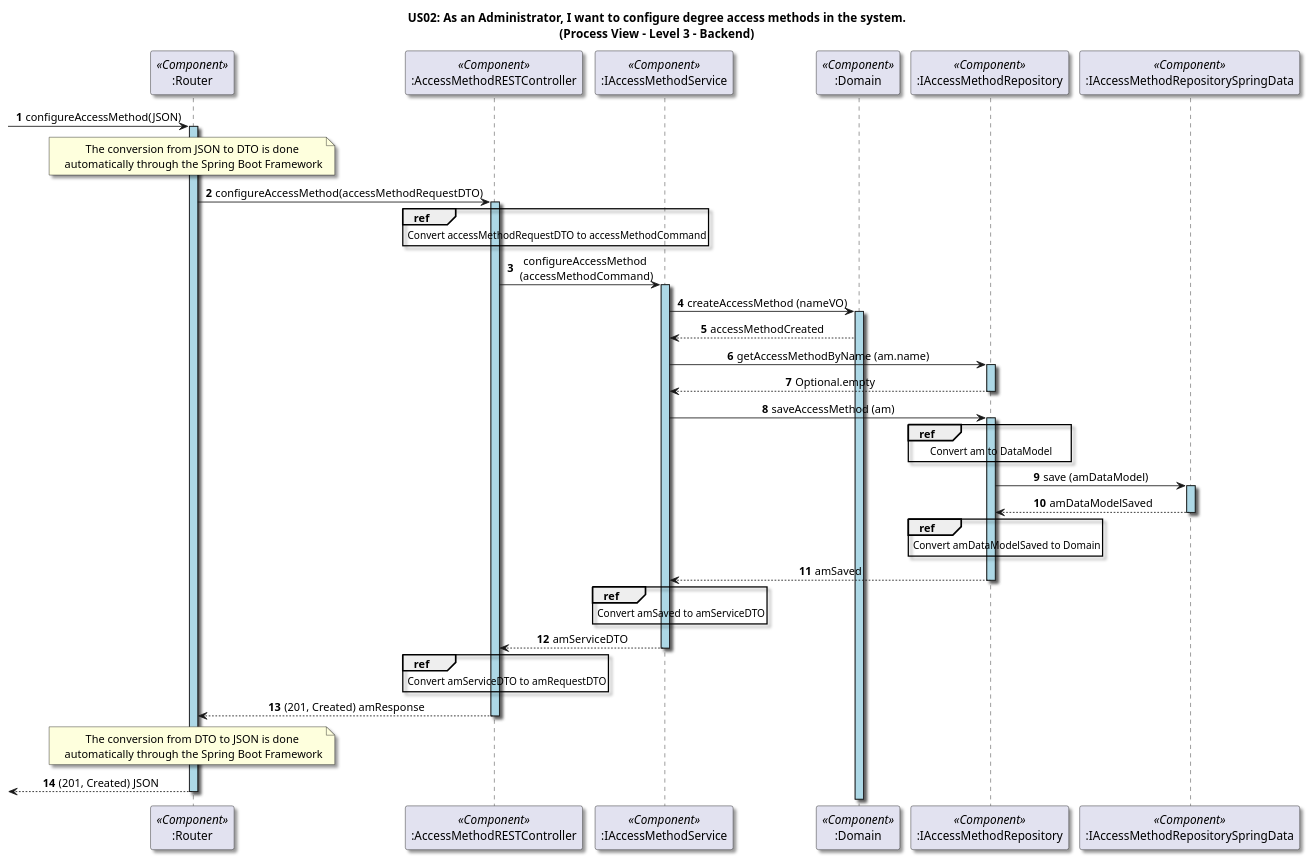
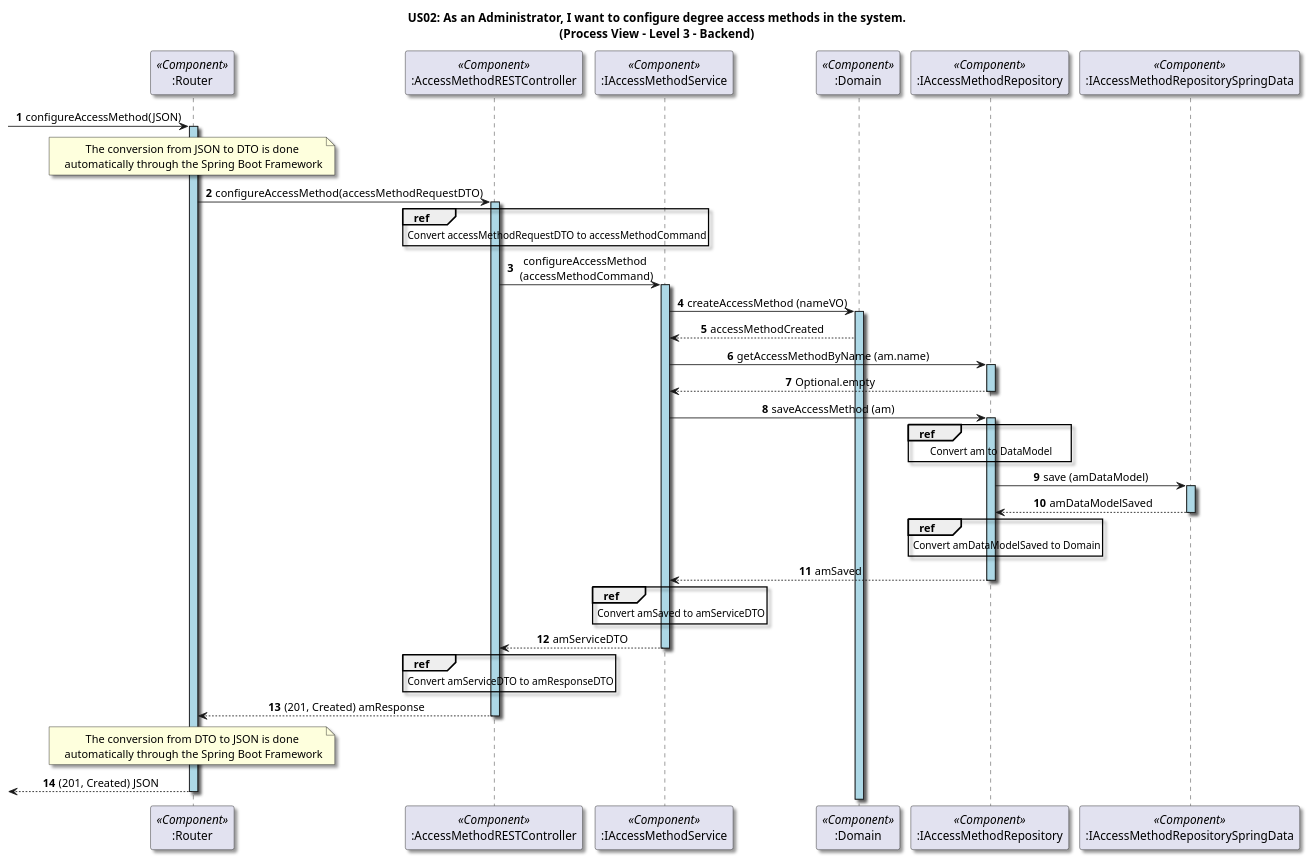
One commit to GasparISEP/DevOps-PAI changed the diagram in docs/US02/Sprint6_RestAPI/ProcessView/Level3.puml. Above: the diagram before and after it, drawn with PlantUML.

Commit message:
refactor(diagrams): update Process ViewLevel3 diagram for improved clarity in access method configuration flow (#538 Closes #555)

```diff
--- a/docs/US02/Sprint6_RestAPI/ProcessView/Level3.puml
+++ b/docs/US02/Sprint6_RestAPI/ProcessView/Level3.puml
@@ -1,89 +1,89 @@
 @startuml
 
 title US02: As an Administrator, I want to configure degree access methods in the system.\n(Process View - Level 3 - Backend)
 
 skinparam defaultTextAlignment center
 skinparam shadowing true
 
 
 autonumber
 
 participant ":Router" as router <<Component>>
 -> router: configureAccessMethod(JSON)
 activate router #LightBlue
 note over router: The conversion from JSON to DTO is done\n automatically through the Spring Boot Framework
 
 participant ":AccessMethodRESTController" as Controller <<Component>>
 router -> Controller: configureAccessMethod(accessMethodRequestDTO)
 activate Controller #LightBlue
 
 ref over Controller
     Convert accessMethodRequestDTO to accessMethodCommand
 end
 
 participant ":IAccessMethodService" as Service <<Component>>
 Controller -> Service: configureAccessMethod\n (accessMethodCommand)
 activate Service #LightBlue
 
 
 participant ":Domain" as Domain <<Component>>
 Service -> Domain: createAccessMethod (nameVO)
 
 activate Domain #LightBlue
 
 Domain --> Service: accessMethodCreated
 
 
 participant ":IAccessMethodRepository" as Repository <<Component>>
 Service -> Repository: getAccessMethodByName (am.name)
 activate Repository #LightBlue 
 Repository --> Service: Optional.empty
 deactivate Repository
 
 Service -> Repository: saveAccessMethod (am)
 activate Repository #LightBlue 
 
 ref over Repository
     Convert am to DataModel
 end
 
 
 
 
 participant ":IAccessMethodRepositorySpringData" as springDataRepository <<Component>>
 Repository -> springDataRepository: save (amDataModel)
 activate springDataRepository #LightBlue
 springDataRepository --> Repository : amDataModelSaved
 deactivate springDataRepository
 
 
 
 ref over Repository
     Convert amDataModelSaved to Domain
 end
 
 Repository --> Service: amSaved
 deactivate Repository
 
 
 ref over Service
     Convert amSaved to amServiceDTO
 end
 
 Service --> Controller: amServiceDTO
 
 deactivate Service
 
 ref over Controller
-    Convert amServiceDTO to amRequestDTO
+    Convert amServiceDTO to amResponseDTO
 end
 
 Controller --> router: (201, Created) amResponse
 deactivate Controller
 
 note over router: The conversion from DTO to JSON is done\n automatically through the Spring Boot Framework
 
 <-- router: (201, Created) JSON
 deactivate router
 
 @enduml
```
